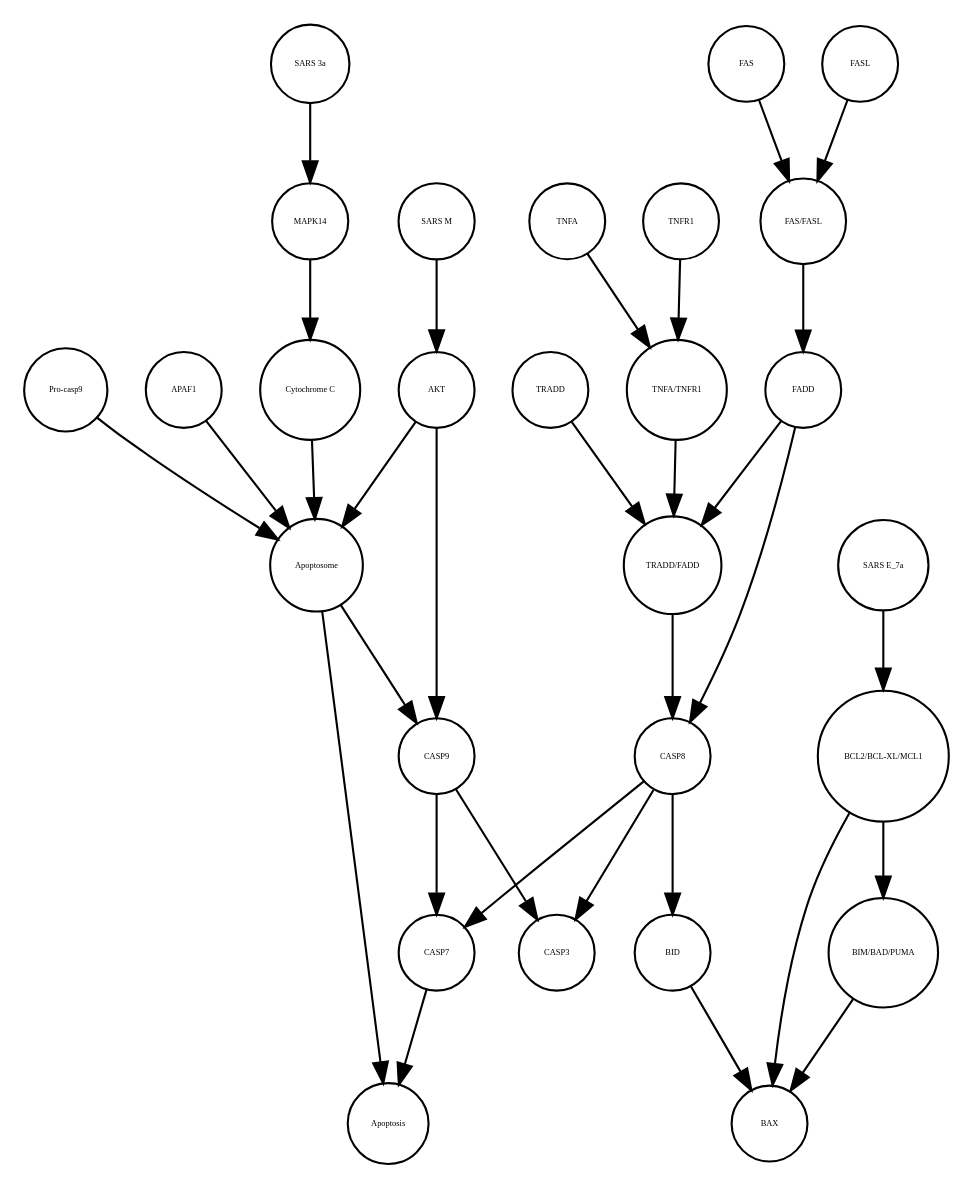
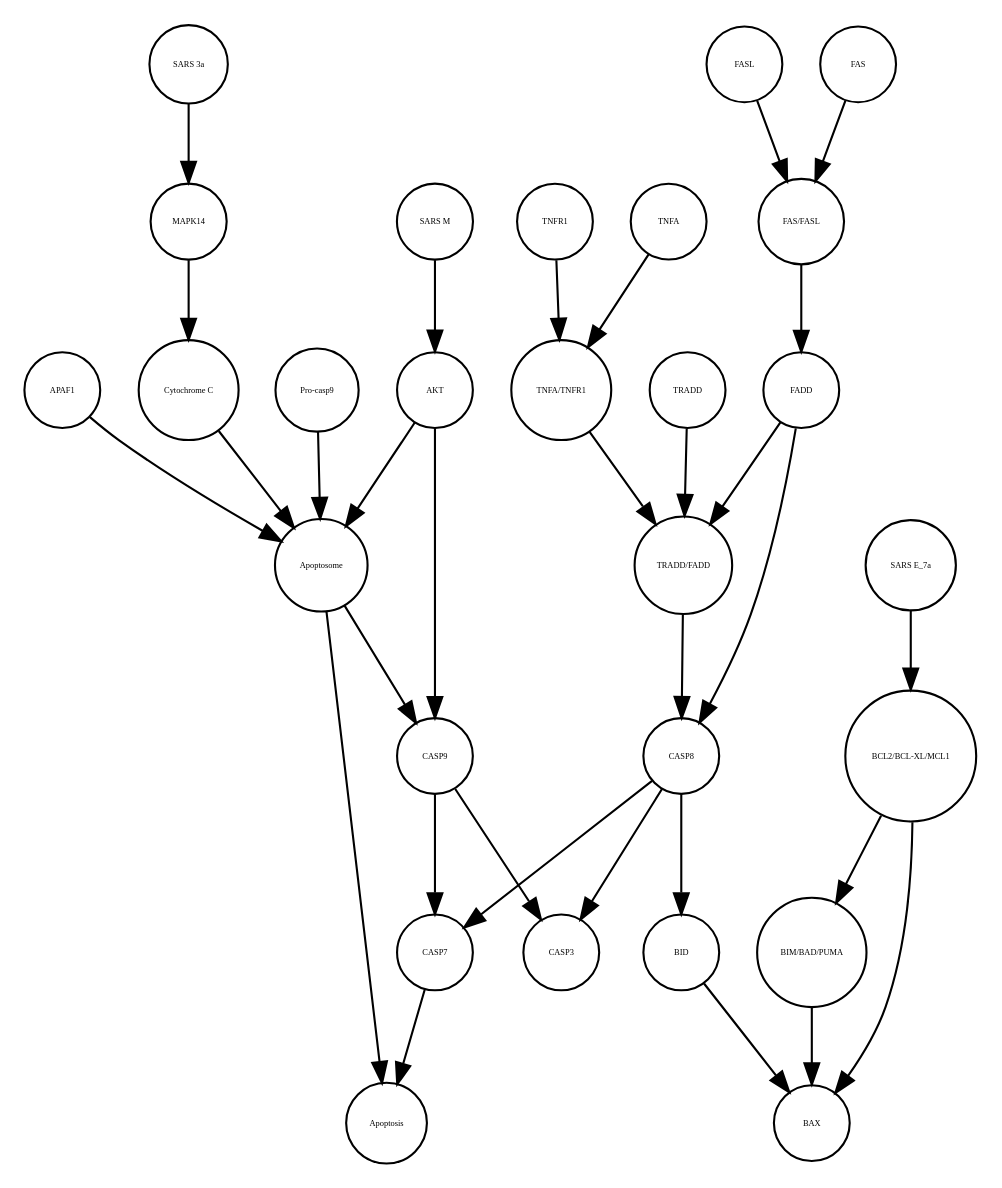
The diagram in Apoptosis_VS_SSA_AN.xml_projected.dot (cannin/covid19-sbgn), drawn with Graphviz before and after one commit. The commit also changed other lines of this file and 572 other files, not shown here.

```diff
--- a/Apoptosis_VS_SSA_AN.xml_projected.dot
+++ b/Apoptosis_VS_SSA_AN.xml_projected.dot
@@ -1,60 +1,60 @@
 strict digraph  {
 CASP7 [annotation="", bipartite=0, cls=macromolecule, fontsize=4, label=CASP7, shape=circle];
 Apoptosis [annotation="", bipartite=0, cls=phenotype, fontsize=4, label=Apoptosis, shape=circle];
 Apoptosome [annotation="", bipartite=0, cls=complex, fontsize=4, label=Apoptosome, shape=circle];
 "SARS M" [annotation="", bipartite=0, cls=macromolecule, fontsize=4, label="SARS M", shape=circle];
 BID [annotation="", bipartite=0, cls=macromolecule, fontsize=4, label=BID, shape=circle];
+"BIM/BAD/PUMA" [annotation="", bipartite=0, cls=complex, fontsize=4, label="BIM/BAD/PUMA", shape=circle];
 AKT [annotation="", bipartite=0, cls=macromolecule, fontsize=4, label=AKT, shape=circle];
-"TNFA/TNFR1" [annotation="", bipartite=0, cls=complex, fontsize=4, label="TNFA/TNFR1", shape=circle];
+TRADD [annotation="", bipartite=0, cls=macromolecule, fontsize=4, label=TRADD, shape=circle];
+"SARS 3a" [annotation="", bipartite=0, cls=macromolecule, fontsize=4, label="SARS 3a", shape=circle];
 FADD [annotation="", bipartite=0, cls=macromolecule, fontsize=4, label=FADD, shape=circle];
-APAF1 [annotation="", bipartite=0, cls=macromolecule, fontsize=4, label=APAF1, shape=circle];
+BAX [annotation="", bipartite=0, cls=macromolecule, fontsize=4, label=BAX, shape=circle];
+FAS [annotation="", bipartite=0, cls=macromolecule, fontsize=4, label=FAS, shape=circle];
+"Cytochrome C" [annotation="", bipartite=0, cls=macromolecule, fontsize=4, label="Cytochrome C", shape=circle];
 "SARS E_7a" [annotation="", bipartite=0, cls=macromolecule, fontsize=4, label="SARS E_7a", shape=circle];
-"BCL2/BCL-XL/MCL1" [annotation="", bipartite=0, cls=complex, fontsize=4, label="BCL2/BCL-XL/MCL1", shape=circle];
-"FAS/FASL" [annotation="", bipartite=0, cls=complex, fontsize=4, label="FAS/FASL", shape=circle];
-TNFR1 [annotation="", bipartite=0, cls=macromolecule, fontsize=4, label=TNFR1, shape=circle];
 CASP3 [annotation="", bipartite=0, cls=macromolecule, fontsize=4, label=CASP3, shape=circle];
-"Cytochrome C" [annotation="", bipartite=0, cls=macromolecule, fontsize=4, label="Cytochrome C", shape=circle];
-CASP8 [annotation="", bipartite=0, cls=macromolecule, fontsize=4, label=CASP8, shape=circle];
-"TRADD/FADD" [annotation="", bipartite=0, cls=complex, fontsize=4, label="TRADD/FADD", shape=circle];
 "Pro-casp9" [annotation="", bipartite=0, cls=macromolecule, fontsize=4, label="Pro-casp9", shape=circle];
 FASL [annotation="", bipartite=0, cls=macromolecule, fontsize=4, label=FASL, shape=circle];
-CASP9 [annotation="", bipartite=0, cls=macromolecule, fontsize=4, label=CASP9, shape=circle];
-BAX [annotation="", bipartite=0, cls=macromolecule, fontsize=4, label=BAX, shape=circle];
+"FAS/FASL" [annotation="", bipartite=0, cls=complex, fontsize=4, label="FAS/FASL", shape=circle];
 TNFA [annotation="", bipartite=0, cls=macromolecule, fontsize=4, label=TNFA, shape=circle];
 MAPK14 [annotation="", bipartite=0, cls=macromolecule, fontsize=4, label=MAPK14, shape=circle];
-TRADD [annotation="", bipartite=0, cls=macromolecule, fontsize=4, label=TRADD, shape=circle];
-FAS [annotation="", bipartite=0, cls=macromolecule, fontsize=4, label=FAS, shape=circle];
-"SARS 3a" [annotation="", bipartite=0, cls=macromolecule, fontsize=4, label="SARS 3a", shape=circle];
-"BIM/BAD/PUMA" [annotation="", bipartite=0, cls=complex, fontsize=4, label="BIM/BAD/PUMA", shape=circle];
+"TRADD/FADD" [annotation="", bipartite=0, cls=complex, fontsize=4, label="TRADD/FADD", shape=circle];
+"BCL2/BCL-XL/MCL1" [annotation="", bipartite=0, cls=complex, fontsize=4, label="BCL2/BCL-XL/MCL1", shape=circle];
+CASP8 [annotation="", bipartite=0, cls=macromolecule, fontsize=4, label=CASP8, shape=circle];
+APAF1 [annotation="", bipartite=0, cls=macromolecule, fontsize=4, label=APAF1, shape=circle];
+CASP9 [annotation="", bipartite=0, cls=macromolecule, fontsize=4, label=CASP9, shape=circle];
+"TNFA/TNFR1" [annotation="", bipartite=0, cls=complex, fontsize=4, label="TNFA/TNFR1", shape=circle];
+TNFR1 [annotation="", bipartite=0, cls=macromolecule, fontsize=4, label=TNFR1, shape=circle];
 CASP7 -> Apoptosis  [annotation="", interaction_type=stimulation];
 Apoptosome -> Apoptosis  [annotation="", interaction_type=stimulation];
 Apoptosome -> CASP9  [annotation="urn_miriam_kegg.pathway_hsa04210", interaction_type=catalysis];
 "SARS M" -> AKT  [annotation=urn_miriam_pubmed_31226023, interaction_type=inhibition];
 BID -> BAX  [annotation=urn_miriam_pubmed_31226023, interaction_type=catalysis];
+"BIM/BAD/PUMA" -> BAX  [annotation=urn_miriam_pubmed_31226023, interaction_type=catalysis];
 AKT -> Apoptosome  [annotation="urn_miriam_kegg.pathway_hsa04210", interaction_type=inhibition];
 AKT -> CASP9  [annotation="urn_miriam_kegg.pathway_hsa04210", interaction_type=inhibition];
-"TNFA/TNFR1" -> "TRADD/FADD"  [annotation="urn_miriam_kegg.pathway_hsa04210", interaction_type=catalysis];
+TRADD -> "TRADD/FADD"  [annotation="", interaction_type=production];
+"SARS 3a" -> MAPK14  [annotation=urn_miriam_pubmed_31226023, interaction_type=catalysis];
+FADD -> CASP8  [annotation="urn_miriam_kegg.pathway_hsa04210", interaction_type=catalysis];
 FADD -> "TRADD/FADD"  [annotation="", interaction_type=production];
-FADD -> CASP8  [annotation="urn_miriam_kegg.pathway_hsa04210", interaction_type=catalysis];
-APAF1 -> Apoptosome  [annotation="", interaction_type=production];
+FAS -> "FAS/FASL"  [annotation="", interaction_type=production];
+"Cytochrome C" -> Apoptosome  [annotation="", interaction_type=production];
 "SARS E_7a" -> "BCL2/BCL-XL/MCL1"  [annotation="", interaction_type=inhibition];
+"Pro-casp9" -> Apoptosome  [annotation="", interaction_type=production];
+FASL -> "FAS/FASL"  [annotation="", interaction_type=production];
+"FAS/FASL" -> FADD  [annotation="urn_miriam_kegg.pathway_hsa04210", interaction_type=catalysis];
+TNFA -> "TNFA/TNFR1"  [annotation="", interaction_type=production];
+MAPK14 -> "Cytochrome C"  [annotation="urn_miriam_kegg.pathway_hsa04210|urn_miriam_pubmed_31226023", interaction_type=catalysis];
+"TRADD/FADD" -> CASP8  [annotation="urn_miriam_kegg.pathway_hsa04210", interaction_type=catalysis];
 "BCL2/BCL-XL/MCL1" -> BAX  [annotation=urn_miriam_pubmed_31226023, interaction_type=inhibition];
 "BCL2/BCL-XL/MCL1" -> "BIM/BAD/PUMA"  [annotation="", interaction_type=inhibition];
-"FAS/FASL" -> FADD  [annotation="urn_miriam_kegg.pathway_hsa04210", interaction_type=catalysis];
-TNFR1 -> "TNFA/TNFR1"  [annotation="", interaction_type=production];
-"Cytochrome C" -> Apoptosome  [annotation="", interaction_type=production];
 CASP8 -> CASP3  [annotation="urn_miriam_kegg.pathway_hsa04210", interaction_type=catalysis];
 CASP8 -> BID  [annotation="urn_miriam_kegg.pathway_hsa04210", interaction_type=catalysis];
 CASP8 -> CASP7  [annotation="urn_miriam_kegg.pathway_hsa04210", interaction_type=catalysis];
-"TRADD/FADD" -> CASP8  [annotation="urn_miriam_kegg.pathway_hsa04210", interaction_type=catalysis];
-"Pro-casp9" -> Apoptosome  [annotation="", interaction_type=production];
-FASL -> "FAS/FASL"  [annotation="", interaction_type=production];
+APAF1 -> Apoptosome  [annotation="", interaction_type=production];
 CASP9 -> CASP3  [annotation="urn_miriam_kegg.pathway_hsa04210", interaction_type=catalysis];
 CASP9 -> CASP7  [annotation="urn_miriam_kegg.pathway_hsa04210", interaction_type=catalysis];
-TNFA -> "TNFA/TNFR1"  [annotation="", interaction_type=production];
-MAPK14 -> "Cytochrome C"  [annotation="urn_miriam_kegg.pathway_hsa04210|urn_miriam_pubmed_31226023", interaction_type=catalysis];
-TRADD -> "TRADD/FADD"  [annotation="", interaction_type=production];
-FAS -> "FAS/FASL"  [annotation="", interaction_type=production];
-"SARS 3a" -> MAPK14  [annotation=urn_miriam_pubmed_31226023, interaction_type=catalysis];
-"BIM/BAD/PUMA" -> BAX  [annotation=urn_miriam_pubmed_31226023, interaction_type=catalysis];
+"TNFA/TNFR1" -> "TRADD/FADD"  [annotation="urn_miriam_kegg.pathway_hsa04210", interaction_type=catalysis];
+TNFR1 -> "TNFA/TNFR1"  [annotation="", interaction_type=production];
 }
```
